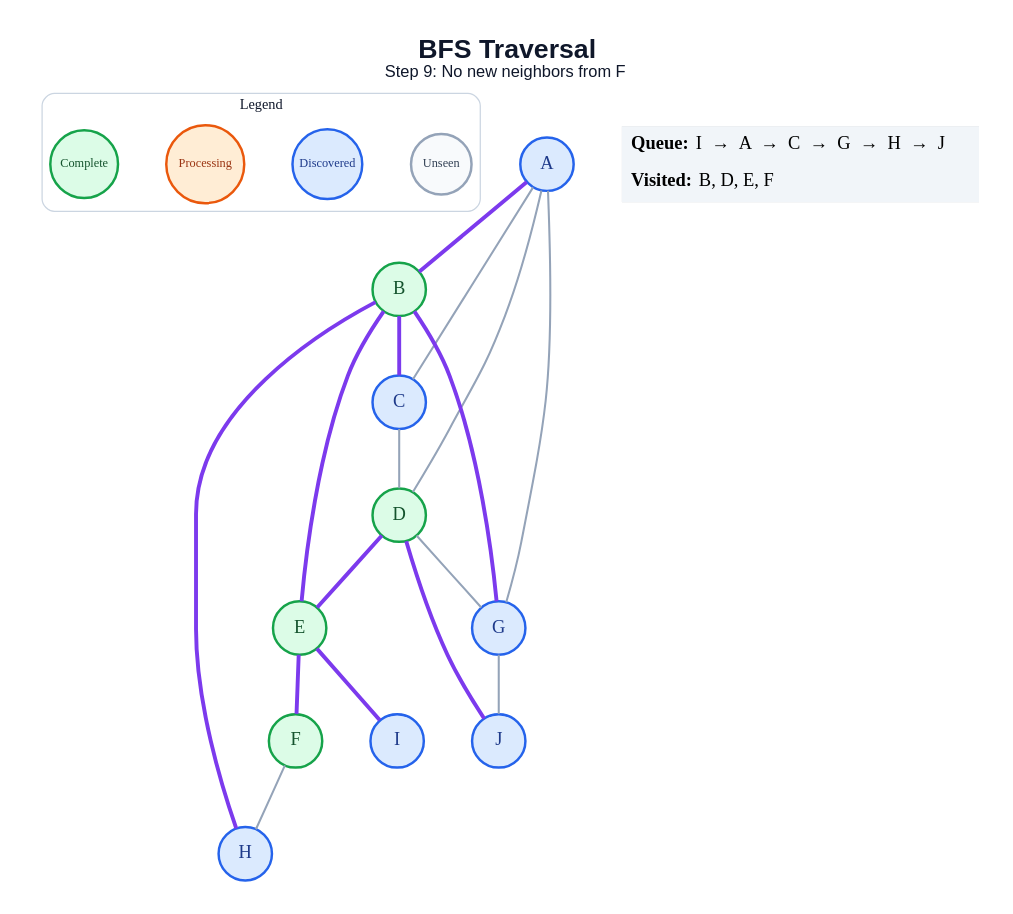
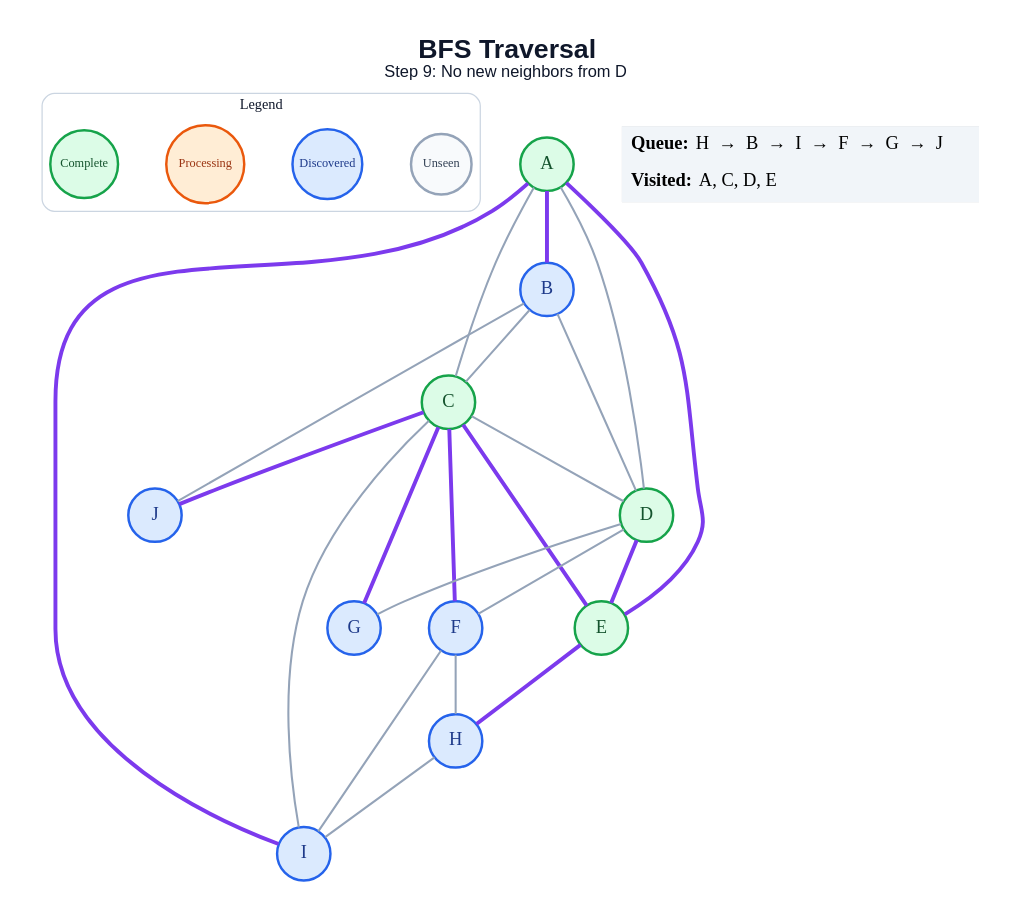
Before and after one commit to amanghodawala9/ai-slop: the diagram in generated/specific-node/bfs/step_09.dot, drawn with Graphviz. The commit also changed 178 other files, not shown here.

```diff
--- a/generated/specific-node/bfs/step_09.dot
+++ b/generated/specific-node/bfs/step_09.dot
@@ -1,45 +1,50 @@
 graph traversal {
   graph [layout=dot, rankdir=TB, bgcolor="#FFFFFF", pad="0.35", nodesep="0.65", ranksep="0.8", fontname="Arial"];
   node [shape=circle, style="filled", fontname="Arial Bold", fontsize=18, width=0.72, fixedsize=true, penwidth=2.4];
   edge [color="#94A3B8", penwidth=2.0];
-  label=<<B>BFS Traversal</B><BR/><FONT POINT-SIZE="16">Step 9: No new neighbors from F</FONT>>; labelloc="t"; fontsize=26; fontname="Arial"; fontcolor="#0F172A";
+  label=<<B>BFS Traversal</B><BR/><FONT POINT-SIZE="16">Step 9: No new neighbors from D</FONT>>; labelloc="t"; fontsize=26; fontname="Arial"; fontcolor="#0F172A";
   subgraph cluster_legend { label="Legend"; color="#CBD5E1"; penwidth=1.2; style="rounded"; fontsize=14; fontname="Arial Bold";
     key_unseen [label="Unseen", fillcolor="#F8FAFC", color="#94A3B8", fontcolor="#334155", fontsize=12, width=0.82];
     key_frontier [label="Discovered", fillcolor="#DBEAFE", color="#2563EB", fontcolor="#1E3A8A", fontsize=12, width=0.95];
     key_current [label="Processing", fillcolor="#FFEDD5", color="#EA580C", fontcolor="#9A3412", fontsize=12, width=1.05];
     key_done [label="Complete", fillcolor="#DCFCE7", color="#16A34A", fontcolor="#14532D", fontsize=12, width=0.92];
     { rank=same; key_unseen; key_frontier; key_current; key_done; }
   }
-  A [fillcolor="#DBEAFE", color="#2563EB", fontcolor="#1E3A8A"];
-  B [fillcolor="#DCFCE7", color="#16A34A", fontcolor="#14532D"];
-  C [fillcolor="#DBEAFE", color="#2563EB", fontcolor="#1E3A8A"];
+  A [fillcolor="#DCFCE7", color="#16A34A", fontcolor="#14532D"];
+  B [fillcolor="#DBEAFE", color="#2563EB", fontcolor="#1E3A8A"];
+  C [fillcolor="#DCFCE7", color="#16A34A", fontcolor="#14532D"];
   D [fillcolor="#DCFCE7", color="#16A34A", fontcolor="#14532D"];
   E [fillcolor="#DCFCE7", color="#16A34A", fontcolor="#14532D"];
-  F [fillcolor="#DCFCE7", color="#16A34A", fontcolor="#14532D"];
+  F [fillcolor="#DBEAFE", color="#2563EB", fontcolor="#1E3A8A"];
   G [fillcolor="#DBEAFE", color="#2563EB", fontcolor="#1E3A8A"];
   H [fillcolor="#DBEAFE", color="#2563EB", fontcolor="#1E3A8A"];
   I [fillcolor="#DBEAFE", color="#2563EB", fontcolor="#1E3A8A"];
   J [fillcolor="#DBEAFE", color="#2563EB", fontcolor="#1E3A8A"];
   A -- B [color="#7C3AED", penwidth=3.8];
   A -- C;
   A -- D;
-  A -- G;
-  B -- C [color="#7C3AED", penwidth=3.8];
-  B -- E [color="#7C3AED", penwidth=3.8];
-  B -- G [color="#7C3AED", penwidth=3.8];
-  B -- H [color="#7C3AED", penwidth=3.8];
+  A -- E [color="#7C3AED", penwidth=3.8];
+  A -- I [color="#7C3AED", penwidth=3.8];
+  B -- C;
+  B -- D;
+  B -- J;
   C -- D;
+  C -- E [color="#7C3AED", penwidth=3.8];
+  C -- F [color="#7C3AED", penwidth=3.8];
+  C -- G [color="#7C3AED", penwidth=3.8];
+  C -- I;
+  C -- J [color="#7C3AED", penwidth=3.8];
   D -- E [color="#7C3AED", penwidth=3.8];
+  D -- F;
   D -- G;
-  D -- J [color="#7C3AED", penwidth=3.8];
-  E -- F [color="#7C3AED", penwidth=3.8];
-  E -- I [color="#7C3AED", penwidth=3.8];
+  E -- H [color="#7C3AED", penwidth=3.8];
   F -- H;
-  G -- J;
+  F -- I;
+  H -- I;
   status [shape=plain, fixedsize=false, width=0, height=0, margin=0, label=<
     <TABLE BORDER="0" CELLBORDER="0" CELLPADDING="7" BGCOLOR="#F1F5F9">
-      <TR><TD ALIGN="LEFT"><B>Queue:</B> I  →  A  →  C  →  G  →  H  →  J</TD></TR>
-      <TR><TD ALIGN="LEFT"><B>Visited:</B> B, D, E, F</TD></TR>
+      <TR><TD ALIGN="LEFT"><B>Queue:</B> H  →  B  →  I  →  F  →  G  →  J</TD></TR>
+      <TR><TD ALIGN="LEFT"><B>Visited:</B> A, C, D, E</TD></TR>
     </TABLE>
   >];
 }
```
